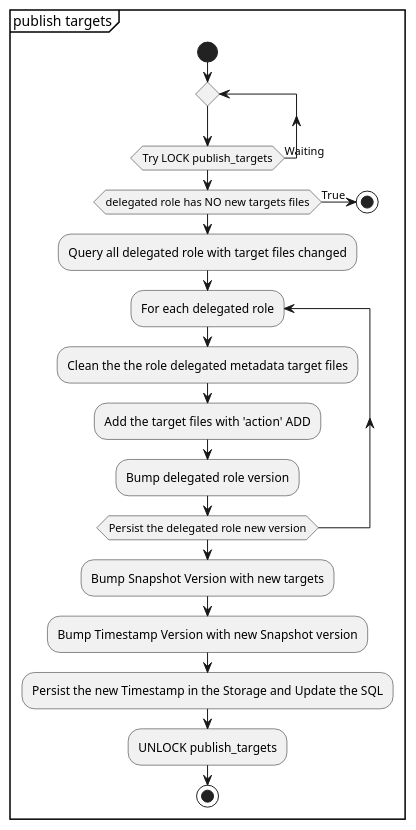
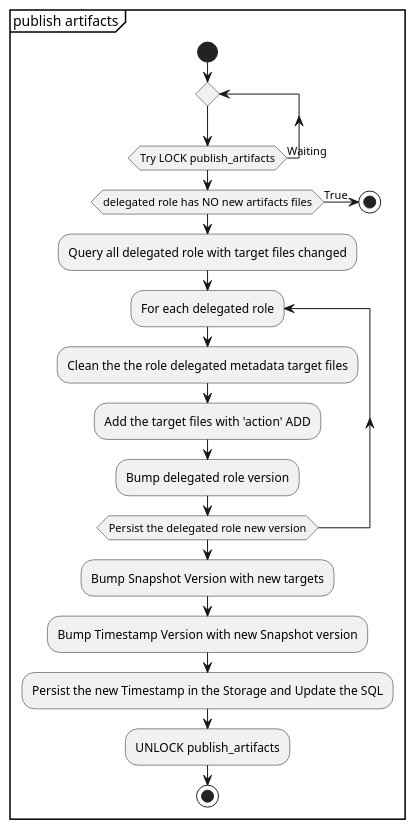
The third of 3 diagrams in docs/source/devel/index.rst (repository-service-tuf/repository-service-tuf-worker), drawn with PlantUML before and after one commit. The commit also changed other lines of this file and 9 other files, not shown here.

First line of the commit message:
Replace all mentions of "targets" with "artifacts"

```diff
--- a/docs/source/devel/index.rst
+++ b/docs/source/devel/index.rst
@@ -170,24 +170,24 @@
 .. uml::
 
    @startuml
-      partition "publish targets" {
+      partition "publish artifacts" {
          start
          repeat
-         repeat while (Try LOCK publish_targets) is (Waiting)
-         if (delegated role has NO new targets files) then (True)
+         repeat while (Try LOCK publish_artifacts) is (Waiting)
+         if (delegated role has NO new artifacts files) then (True)
             stop
          else
             :Query all delegated role with target files changed;
             repeat :For each delegated role;
                :Clean the the role delegated metadata target files;
                :Add the target files with 'action' ADD;
                :Bump delegated role version;
             repeat while (Persist the delegated role new version)
             :Bump Snapshot Version with new targets;
             :Bump Timestamp Version with new Snapshot version;
             :Persist the new Timestamp in the Storage and Update the SQL;
-            :UNLOCK publish_targets;
+            :UNLOCK publish_artifacts;
          stop
          endif
       }
     @enduml
```
